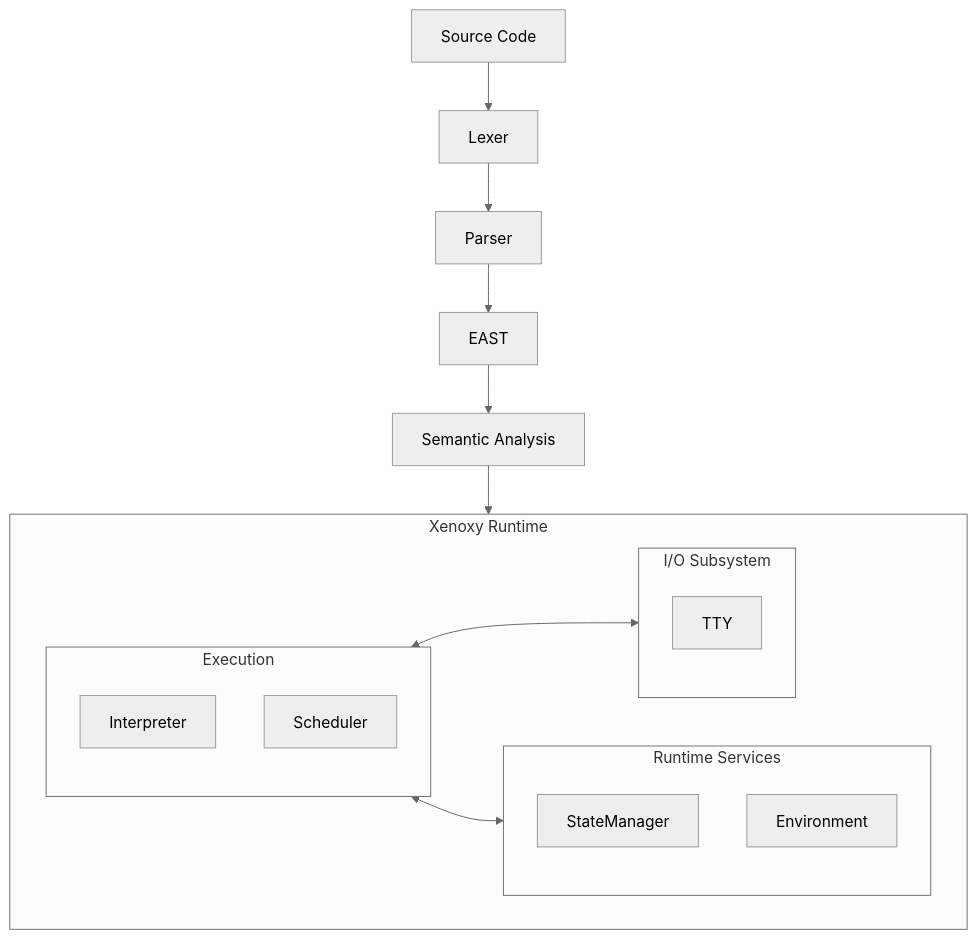
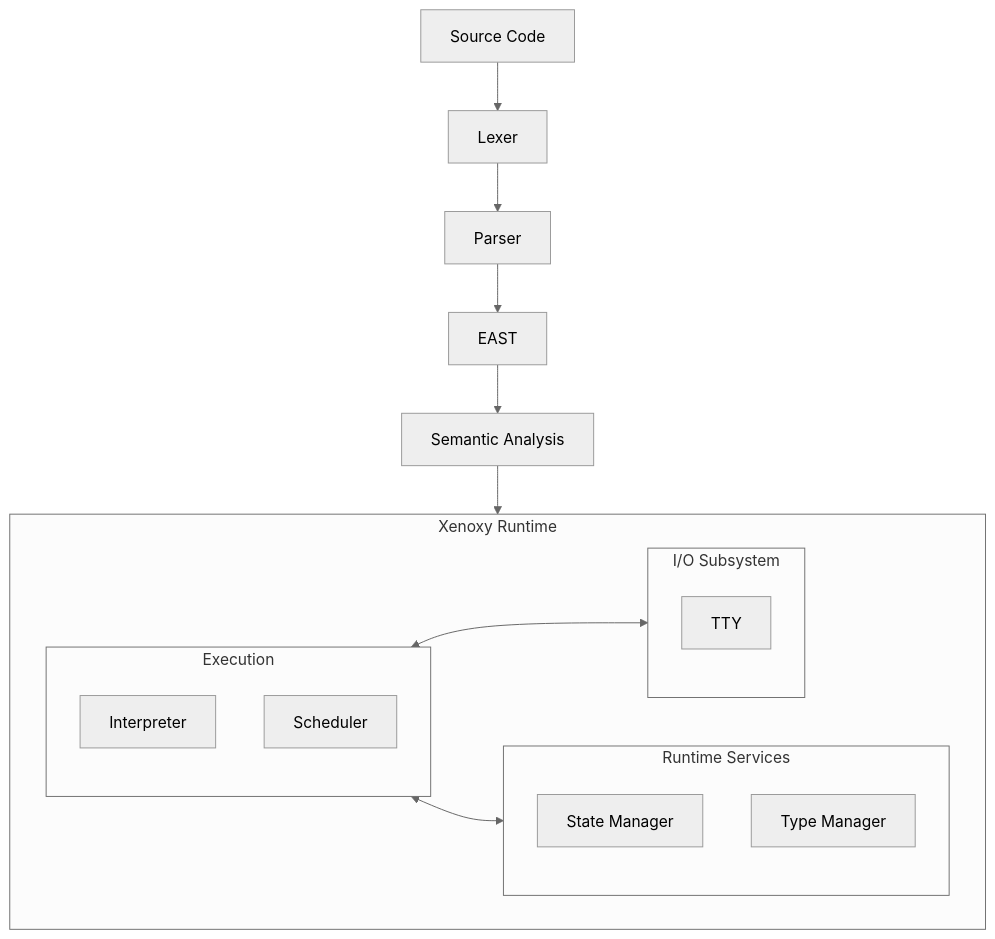
The diagram in docs/pipeline.mmd (Anapleks/Xenoxy), drawn with Mermaid (neutral theme) before and after one commit. The commit also changed 10 other files, not shown here.

```diff
--- a/docs/pipeline.mmd
+++ b/docs/pipeline.mmd
@@ -1,30 +1,30 @@
 flowchart TD
     A[Source Code] --> B[Lexer]
     B --> C[Parser]
     C --> D[EAST]
     D --> SA[Semantic Analysis]
     SA --> E
 
     subgraph E["Xenoxy Runtime"]
         direction LR
 
         subgraph F["Execution"]
             direction TD
             G[Interpreter]
             H[Scheduler]
         end
 
         subgraph I["Runtime Services"]
             direction TD
-            J[StateManager]
-            K[Environment]
+            J["State Manager"]
+            K["Type Manager"]
         end
 
         subgraph L["I/O Subsystem"]
             direction TD
             M[TTY]
         end
 
         F <--> L
         F <--> I
     end
```
